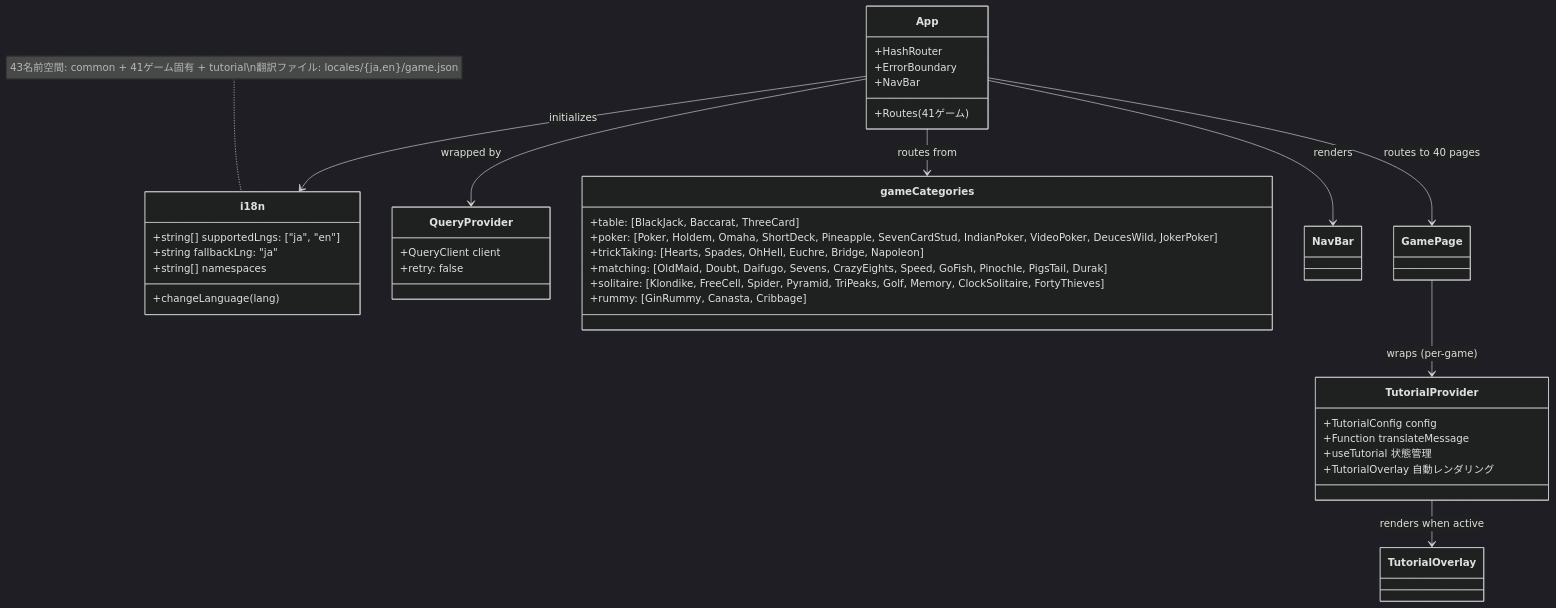
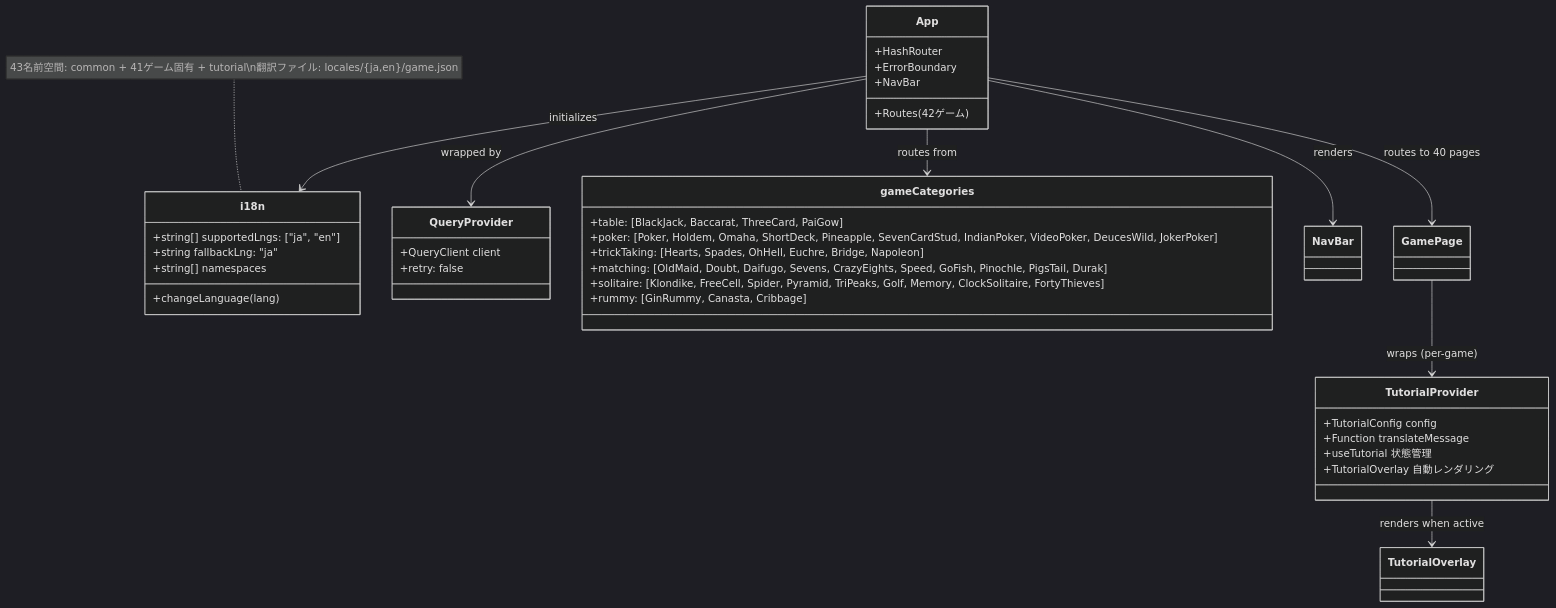
One commit to yuta-yoshinaga/go_trumpcards changed the ninth of 34 diagrams in docs/design/frontend.md. Above: the diagram before and after it, drawn with Mermaid (dark theme). The commit also changed other lines of this file and 54 other files, not shown here.

First line of the commit message:
feat: add Pai Gow Poker game

````diff
--- a/docs/design/frontend.md
+++ b/docs/design/frontend.md
@@ -1563,47 +1621,47 @@
 ```mermaid
 classDiagram
     class i18n {
         +string[] supportedLngs: ["ja", "en"]
         +string fallbackLng: "ja"
         +string[] namespaces
         +changeLanguage(lang)
     }
 
     class QueryProvider {
         +QueryClient client
         +retry: false
     }
 
     class App {
         +HashRouter
         +ErrorBoundary
         +NavBar
-        +Routes (41ゲーム)
+        +Routes (42ゲーム)
     }
 
     class gameCategories {
-        +table: [BlackJack, Baccarat, ThreeCard]
+        +table: [BlackJack, Baccarat, ThreeCard, PaiGow]
         +poker: [Poker, Holdem, Omaha, ShortDeck, Pineapple, SevenCardStud, IndianPoker, VideoPoker, DeucesWild, JokerPoker]
         +trickTaking: [Hearts, Spades, OhHell, Euchre, Bridge, Napoleon]
         +matching: [OldMaid, Doubt, Daifugo, Sevens, CrazyEights, Speed, GoFish, Pinochle, PigsTail, Durak]
         +solitaire: [Klondike, FreeCell, Spider, Pyramid, TriPeaks, Golf, Memory, ClockSolitaire, FortyThieves]
         +rummy: [GinRummy, Canasta, Cribbage]
     }
 
     class TutorialProvider {
         +TutorialConfig config
         +Function translateMessage
         +useTutorial 状態管理
         +TutorialOverlay 自動レンダリング
     }
 
     App --> QueryProvider : wrapped by
     App --> i18n : initializes
     App --> gameCategories : routes from
     App --> NavBar : renders
     App --> GamePage : routes to 40 pages
     GamePage --> TutorialProvider : wraps (per-game)
     TutorialProvider --> TutorialOverlay : renders when active
 
     note for i18n "43名前空間: common + 41ゲーム固有 + tutorial\n翻訳ファイル: locales/{ja,en}/game.json"
 ```
````
